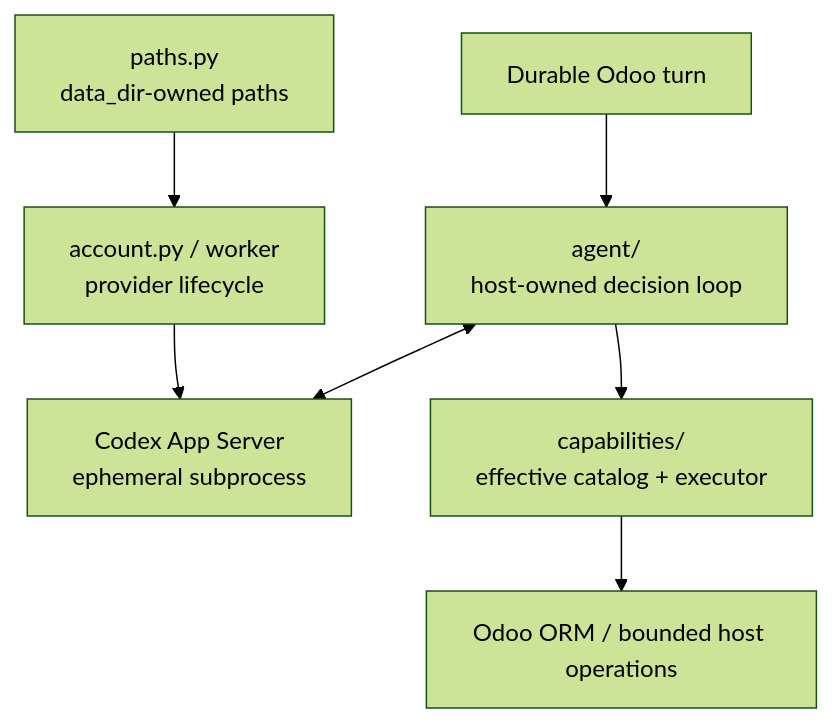
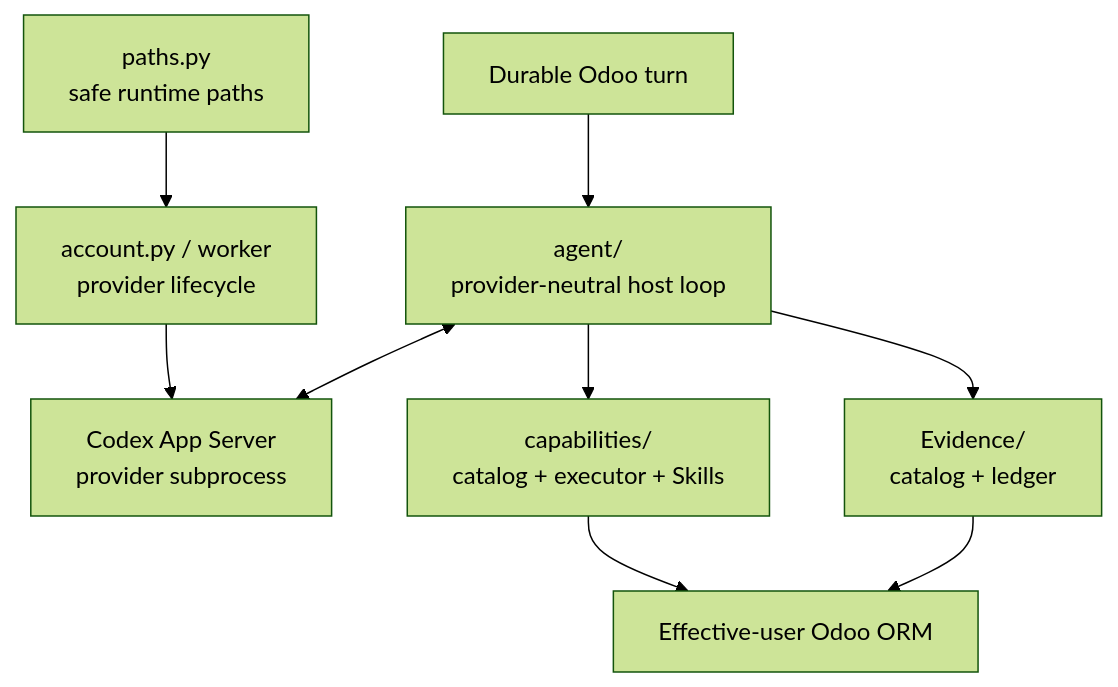
The diagram in addons/odoo_ai_assistant/runtime/README.md (CPX-001/ai-odoo-assistant), drawn with Mermaid (forest theme) before and after one commit. The commit also changed other lines of this file, not shown here.

Commit message:
docs(p8): update embedded runtime overview

````diff
--- a/addons/odoo_ai_assistant/runtime/README.md
+++ b/addons/odoo_ai_assistant/runtime/README.md
@@ -5,9 +5,11 @@
 ```mermaid
 flowchart TB
-    TURN[Durable Odoo turn] --> AG[agent/<br/>host-owned decision loop]
-    AG <--> CX[Codex App Server<br/>ephemeral subprocess]
-    AG --> CAT[capabilities/<br/>effective catalog + executor]
-    CAT --> ORM[Odoo ORM / bounded host operations]
+    TURN[Durable Odoo turn] --> AG[agent/<br/>provider-neutral host loop]
+    AG <--> CX[Codex App Server<br/>provider subprocess]
+    AG --> CAT[capabilities/<br/>catalog + executor + Skills]
+    AG --> EVD[Evidence/<br/>catalog + ledger]
+    CAT --> ORM[Effective-user Odoo ORM]
+    EVD --> ORM
     ACCT[account.py / worker<br/>provider lifecycle] --> CX
-    PATH[paths.py<br/>data_dir-owned paths] --> ACCT
+    PATH[paths.py<br/>safe runtime paths] --> ACCT
 ```
````
